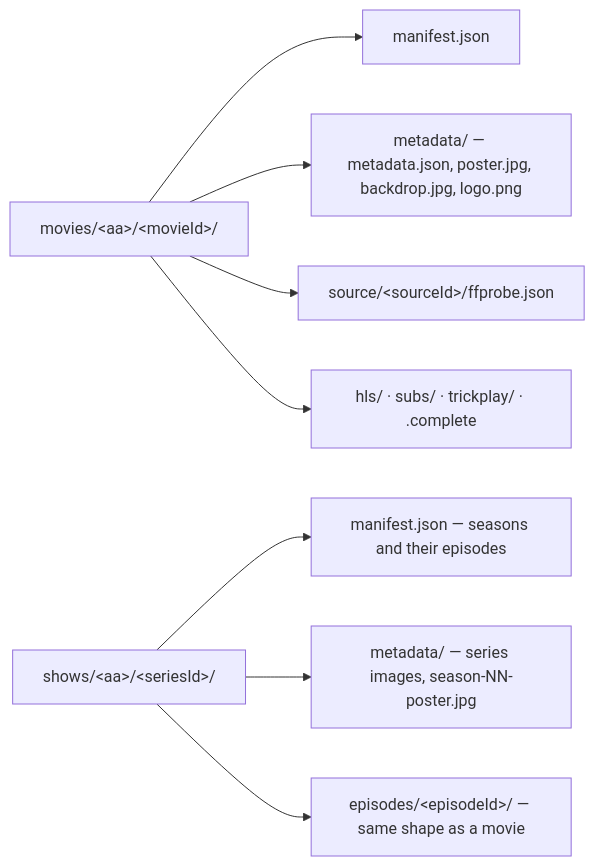
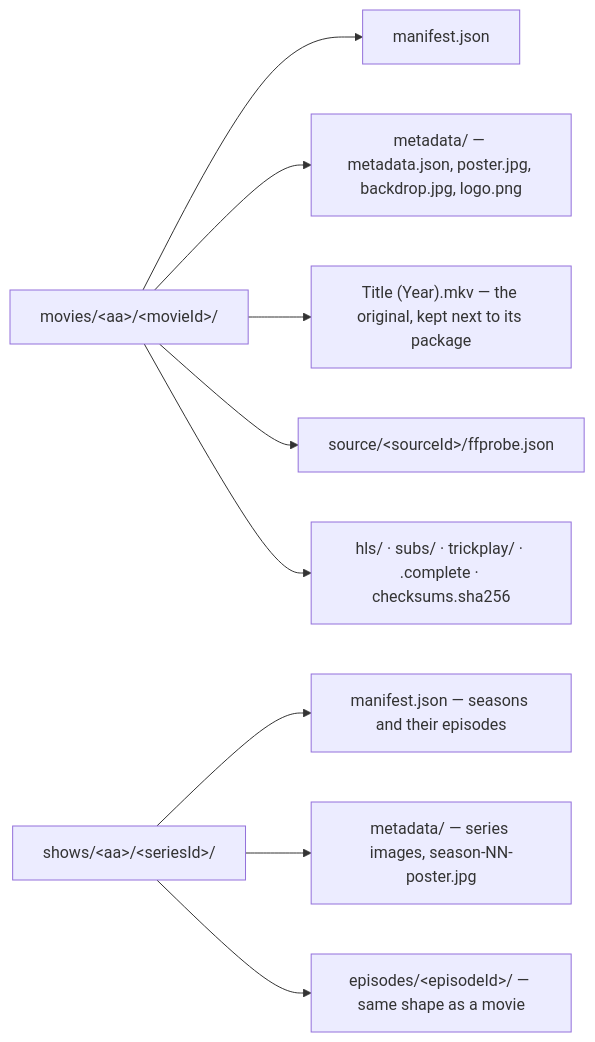
The diagram in README.md (zaentrum/schemas), drawn with Mermaid before and after one commit. The commit also changed other lines of this file and 9 other files, not shown here.

First line of the commit message:
library v1: one destination per version for its original and its package

````diff
--- a/README.md
+++ b/README.md
@@ -86,10 +86,11 @@
 ```mermaid
 flowchart LR
   M["movies/&lt;aa&gt;/&lt;movieId&gt;/"] --> MM["manifest.json"]
   M --> MD["metadata/ — metadata.json, poster.jpg, backdrop.jpg, logo.png"]
+  M --> MO["Title (Year).mkv — the original, kept next to its package"]
   M --> MS["source/&lt;sourceId&gt;/ffprobe.json"]
-  M --> MP["hls/ · subs/ · trickplay/ · .complete"]
+  M --> MP["hls/ · subs/ · trickplay/ · .complete · checksums.sha256"]
   S["shows/&lt;aa&gt;/&lt;seriesId&gt;/"] --> SM["manifest.json — seasons and their episodes"]
   S --> SD["metadata/ — series images, season-NN-poster.jpg"]
   S --> E["episodes/&lt;episodeId&gt;/ — same shape as a movie"]
 ```
````
